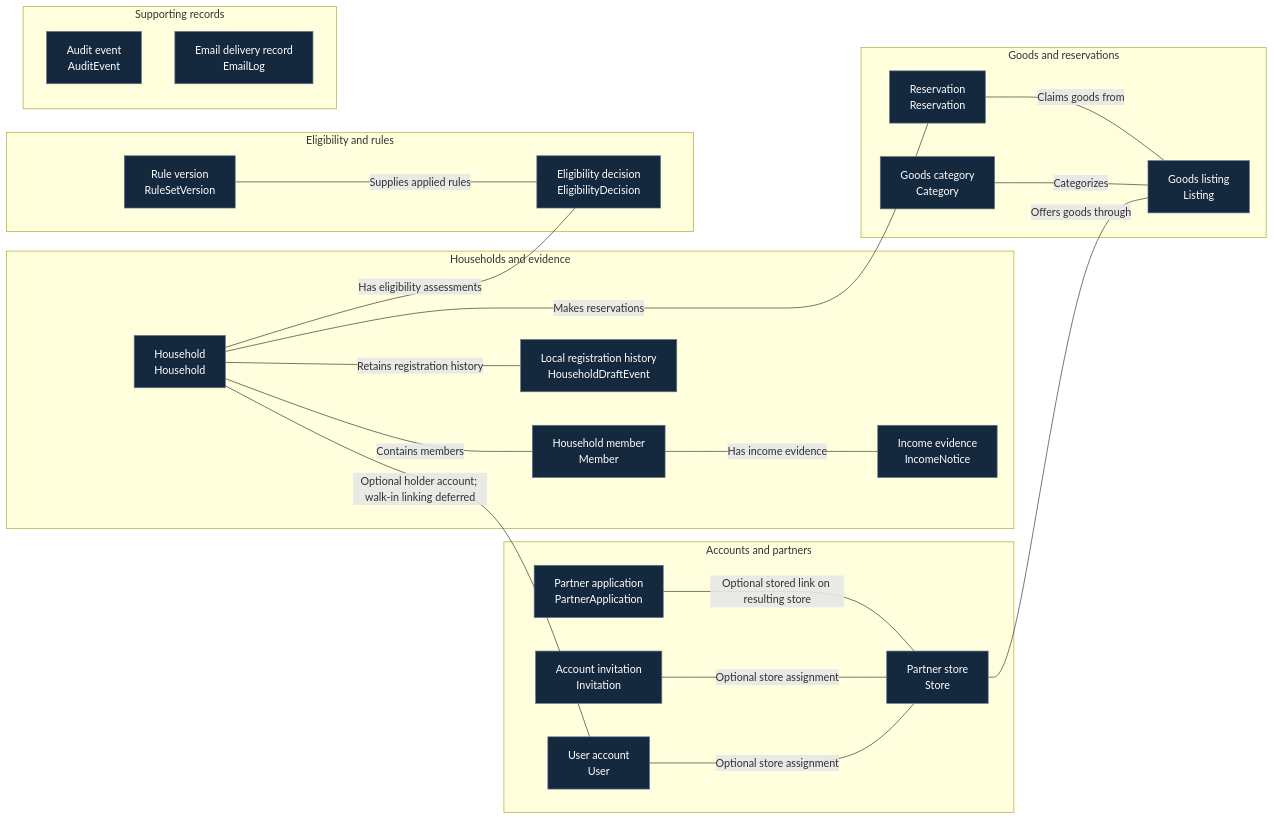
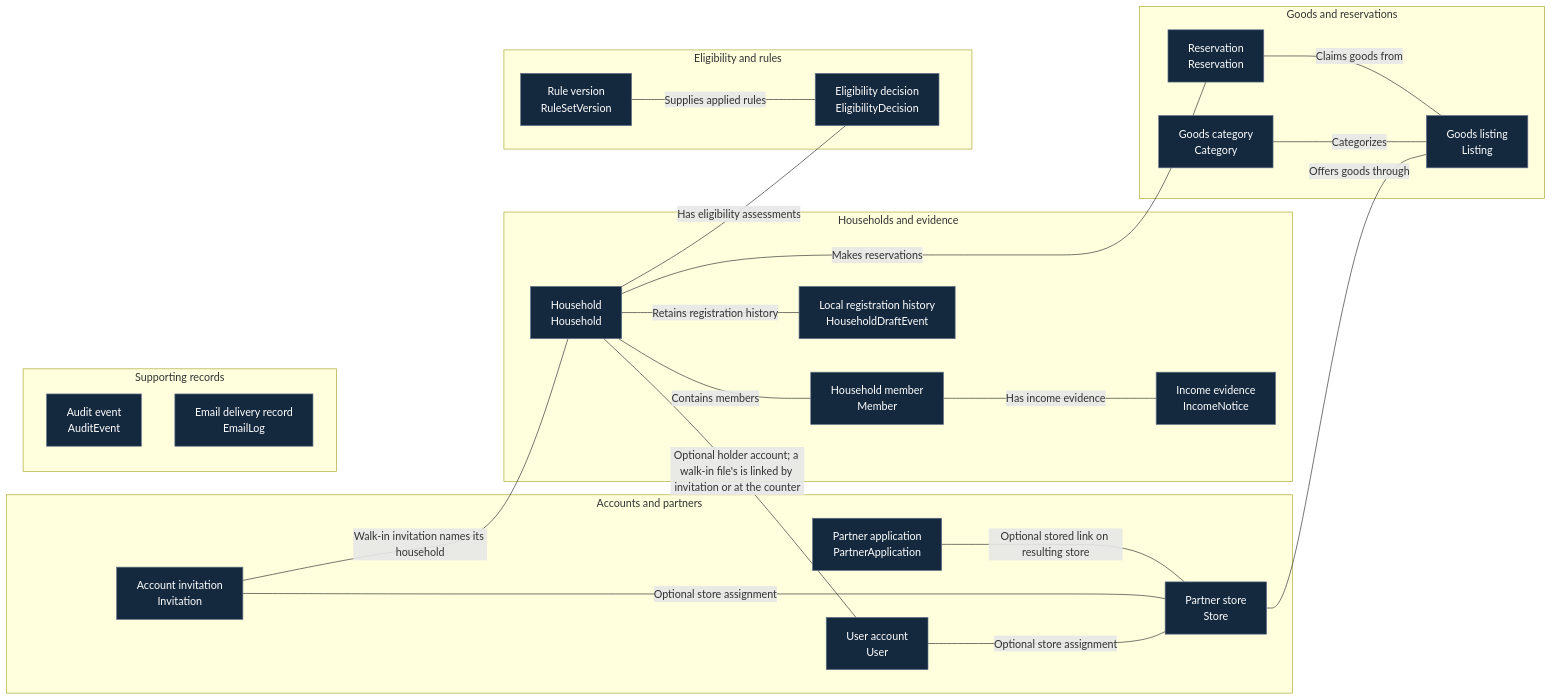
The first of 2 diagrams in docs/03-design/domain-model.md (B-A-D-R-SL/iris), drawn with Mermaid before and after one commit. The commit also changed 2 other files, not shown here.

Commit message:
T-03.93.4 docs(households): drop the remaining "linking deferred" notes
The architecture route table, its gaps table, two prose notes and the domain
model diagram still said walk-in linking was deferred. They now describe the
invitation and counter links; the diagram also shows the invitation's
household. Raised by CodeRabbit on #798.

````diff
--- a/docs/03-design/domain-model.md
+++ b/docs/03-design/domain-model.md
@@ -48,50 +48,51 @@
 ```mermaid
 
 flowchart LR
     subgraph Partners["Accounts and partners"]
         User["User account<br/>User"]
         Invitation["Account invitation<br/>Invitation"]
         Store["Partner store<br/>Store"]
         PartnerApplication["Partner application<br/>PartnerApplication"]
     end
 
     subgraph Households["Households and evidence"]
         Household["Household<br/>Household"]
         Member["Household member<br/>Member"]
         IncomeNotice["Income evidence<br/>IncomeNotice"]
         HouseholdDraftEvent["Local registration history<br/>HouseholdDraftEvent"]
     end
 
     subgraph Eligibility["Eligibility and rules"]
         EligibilityDecision["Eligibility decision<br/>EligibilityDecision"]
         RuleSetVersion["Rule version<br/>RuleSetVersion"]
     end
 
     subgraph Goods["Goods and reservations"]
         Category["Goods category<br/>Category"]
         Listing["Goods listing<br/>Listing"]
         Reservation["Reservation<br/>Reservation"]
     end
 
     subgraph Support["Supporting records"]
         AuditEvent["Audit event<br/>AuditEvent"]
         EmailLog["Email delivery record<br/>EmailLog"]
     end
 
     User ---|"Optional store assignment"| Store
     Invitation ---|"Optional store assignment"| Store
     PartnerApplication ---|"Optional stored link on resulting store"| Store
-    Household ---|"Optional holder account; walk-in linking deferred"| User
+    Household ---|"Optional holder account; a walk-in file's is linked by invitation or at the counter"| User
+    Invitation ---|"Walk-in invitation names its household"| Household
     Household ---|"Contains members"| Member
     Household ---|"Retains registration history"| HouseholdDraftEvent
     Member ---|"Has income evidence"| IncomeNotice
     Household ---|"Has eligibility assessments"| EligibilityDecision
     RuleSetVersion ---|"Supplies applied rules"| EligibilityDecision
     Store ---|"Offers goods through"| Listing
     Category ---|"Categorizes"| Listing
     Household ---|"Makes reservations"| Reservation
     Reservation ---|"Claims goods from"| Listing
 
     classDef concept fill:#14283e,stroke:#64748b,color:#ffffff;
     class User,Invitation,Store,PartnerApplication,Household,Member,HouseholdDraftEvent,IncomeNotice,EligibilityDecision,RuleSetVersion,Category,Listing,Reservation,AuditEvent,EmailLog concept;
 ```
````
